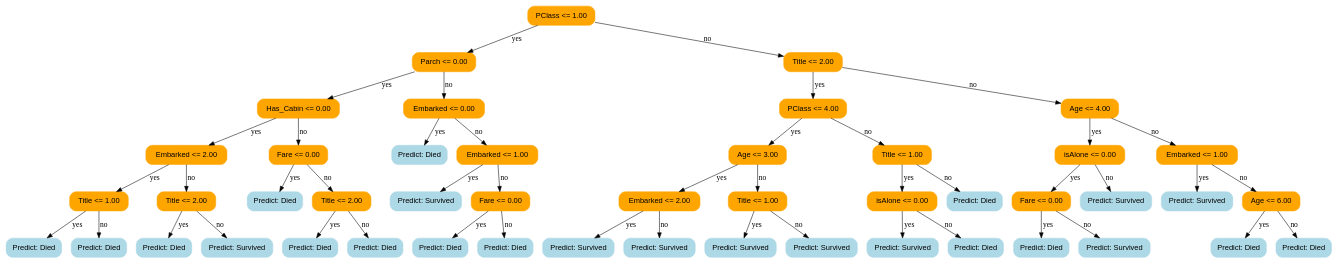
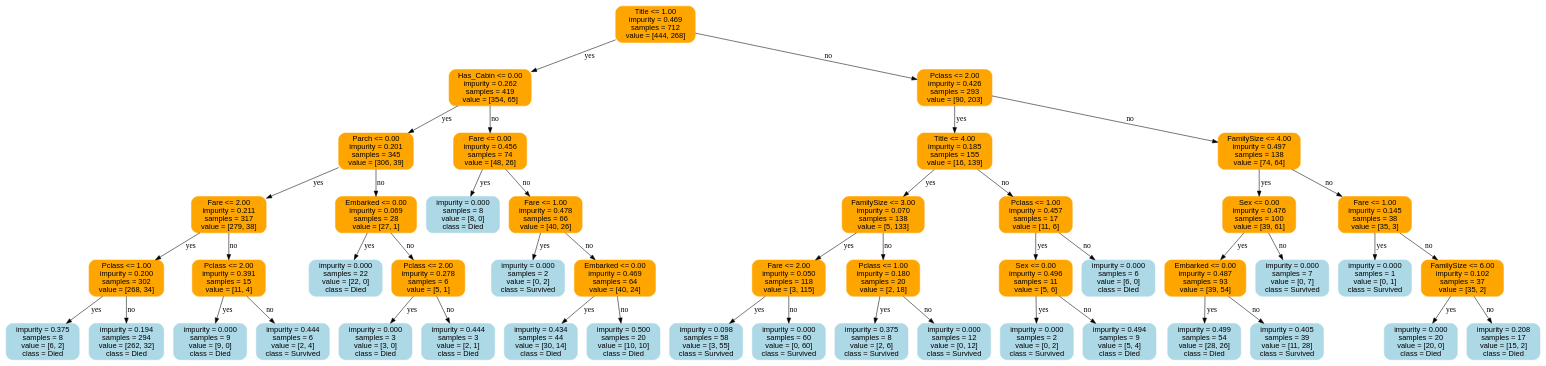
The diagram in dt_tree.dot (edchav/Trees-Boosting), drawn with Graphviz before and after one commit. The commit also changed 7 other files, not shown here.

```diff
--- a/dt_tree.dot
+++ b/dt_tree.dot
@@ -1,96 +1,96 @@
 digraph Tree {
-  node [shape=box, style="rounded,filled", color="black", fontname="helvetica"];
-  0 [label="PClass <= 1.00", style="filled,rounded", color="orange"];
-  1 [label="Parch <= 0.00", style="filled,rounded", color="orange"];
-  2 [label="Has_Cabin <= 0.00", style="filled,rounded", color="orange"];
-  3 [label="Embarked <= 2.00", style="filled,rounded", color="orange"];
-  4 [label="Title <= 1.00", style="filled,rounded", color="orange"];
-  5 [label="Predict: Died", shape=box, style="filled,rounded", color="lightblue"];
-  6 [label="Predict: Died", shape=box, style="filled,rounded", color="lightblue"];
-  4 -> 5 [label="yes"];
-  4 -> 6 [label="no"];
-  7 [label="Title <= 2.00", style="filled,rounded", color="orange"];
-  8 [label="Predict: Died", shape=box, style="filled,rounded", color="lightblue"];
-  9 [label="Predict: Survived", shape=box, style="filled,rounded", color="lightblue"];
-  7 -> 8 [label="yes"];
-  7 -> 9 [label="no"];
-  3 -> 4 [label="yes"];
-  3 -> 7 [label="no"];
-  10 [label="Fare <= 0.00", style="filled,rounded", color="orange"];
-  11 [label="Predict: Died", shape=box, style="filled,rounded", color="lightblue"];
-  12 [label="Title <= 2.00", style="filled,rounded", color="orange"];
-  13 [label="Predict: Died", shape=box, style="filled,rounded", color="lightblue"];
-  14 [label="Predict: Died", shape=box, style="filled,rounded", color="lightblue"];
-  12 -> 13 [label="yes"];
-  12 -> 14 [label="no"];
-  10 -> 11 [label="yes"];
-  10 -> 12 [label="no"];
-  2 -> 3 [label="yes"];
-  2 -> 10 [label="no"];
-  15 [label="Embarked <= 0.00", style="filled,rounded", color="orange"];
-  16 [label="Predict: Died", shape=box, style="filled,rounded", color="lightblue"];
-  17 [label="Embarked <= 1.00", style="filled,rounded", color="orange"];
-  18 [label="Predict: Survived", shape=box, style="filled,rounded", color="lightblue"];
-  19 [label="Fare <= 0.00", style="filled,rounded", color="orange"];
-  20 [label="Predict: Died", shape=box, style="filled,rounded", color="lightblue"];
-  21 [label="Predict: Died", shape=box, style="filled,rounded", color="lightblue"];
-  19 -> 20 [label="yes"];
-  19 -> 21 [label="no"];
-  17 -> 18 [label="yes"];
-  17 -> 19 [label="no"];
-  15 -> 16 [label="yes"];
-  15 -> 17 [label="no"];
-  1 -> 2 [label="yes"];
-  1 -> 15 [label="no"];
-  22 [label="Title <= 2.00", style="filled,rounded", color="orange"];
-  23 [label="PClass <= 4.00", style="filled,rounded", color="orange"];
-  24 [label="Age <= 3.00", style="filled,rounded", color="orange"];
-  25 [label="Embarked <= 2.00", style="filled,rounded", color="orange"];
-  26 [label="Predict: Survived", shape=box, style="filled,rounded", color="lightblue"];
-  27 [label="Predict: Survived", shape=box, style="filled,rounded", color="lightblue"];
-  25 -> 26 [label="yes"];
-  25 -> 27 [label="no"];
-  28 [label="Title <= 1.00", style="filled,rounded", color="orange"];
-  29 [label="Predict: Survived", shape=box, style="filled,rounded", color="lightblue"];
-  30 [label="Predict: Survived", shape=box, style="filled,rounded", color="lightblue"];
-  28 -> 29 [label="yes"];
-  28 -> 30 [label="no"];
-  24 -> 25 [label="yes"];
-  24 -> 28 [label="no"];
-  31 [label="Title <= 1.00", style="filled,rounded", color="orange"];
-  32 [label="isAlone <= 0.00", style="filled,rounded", color="orange"];
-  33 [label="Predict: Survived", shape=box, style="filled,rounded", color="lightblue"];
-  34 [label="Predict: Died", shape=box, style="filled,rounded", color="lightblue"];
-  32 -> 33 [label="yes"];
-  32 -> 34 [label="no"];
-  35 [label="Predict: Died", shape=box, style="filled,rounded", color="lightblue"];
-  31 -> 32 [label="yes"];
-  31 -> 35 [label="no"];
-  23 -> 24 [label="yes"];
-  23 -> 31 [label="no"];
-  36 [label="Age <= 4.00", style="filled,rounded", color="orange"];
-  37 [label="isAlone <= 0.00", style="filled,rounded", color="orange"];
-  38 [label="Fare <= 0.00", style="filled,rounded", color="orange"];
-  39 [label="Predict: Died", shape=box, style="filled,rounded", color="lightblue"];
-  40 [label="Predict: Survived", shape=box, style="filled,rounded", color="lightblue"];
-  38 -> 39 [label="yes"];
-  38 -> 40 [label="no"];
-  41 [label="Predict: Survived", shape=box, style="filled,rounded", color="lightblue"];
-  37 -> 38 [label="yes"];
-  37 -> 41 [label="no"];
-  42 [label="Embarked <= 1.00", style="filled,rounded", color="orange"];
-  43 [label="Predict: Survived", shape=box, style="filled,rounded", color="lightblue"];
-  44 [label="Age <= 6.00", style="filled,rounded", color="orange"];
-  45 [label="Predict: Died", shape=box, style="filled,rounded", color="lightblue"];
-  46 [label="Predict: Died", shape=box, style="filled,rounded", color="lightblue"];
-  44 -> 45 [label="yes"];
-  44 -> 46 [label="no"];
-  42 -> 43 [label="yes"];
-  42 -> 44 [label="no"];
-  36 -> 37 [label="yes"];
-  36 -> 42 [label="no"];
-  22 -> 23 [label="yes"];
-  22 -> 36 [label="no"];
-  0 -> 1 [label="yes"];
-  0 -> 22 [label="no"];
+node [shape=box, fontname="helvetica"];
+0 [label="Title <= 1.00\nimpurity = 0.469\nsamples = 712\nvalue = [444, 268]", shape=box, style="filled,rounded", color="orange"];
+1 [label="Has_Cabin <= 0.00\nimpurity = 0.262\nsamples = 419\nvalue = [354, 65]", shape=box, style="filled,rounded", color="orange"];
+2 [label="Parch <= 0.00\nimpurity = 0.201\nsamples = 345\nvalue = [306, 39]", shape=box, style="filled,rounded", color="orange"];
+3 [label="Fare <= 2.00\nimpurity = 0.211\nsamples = 317\nvalue = [279, 38]", shape=box, style="filled,rounded", color="orange"];
+4 [label="Pclass <= 1.00\nimpurity = 0.200\nsamples = 302\nvalue = [268, 34]", shape=box, style="filled,rounded", color="orange"];
+5 [label="impurity = 0.375\nsamples = 8\nvalue = [6, 2]\nclass = Died", shape=box, style="filled,rounded", color="lightblue"];
+6 [label="impurity = 0.194\nsamples = 294\nvalue = [262, 32]\nclass = Died", shape=box, style="filled,rounded", color="lightblue"];
+4 -> 5 [label="yes"];
+4 -> 6 [label="no"];
+7 [label="Pclass <= 2.00\nimpurity = 0.391\nsamples = 15\nvalue = [11, 4]", shape=box, style="filled,rounded", color="orange"];
+8 [label="impurity = 0.000\nsamples = 9\nvalue = [9, 0]\nclass = Died", shape=box, style="filled,rounded", color="lightblue"];
+9 [label="impurity = 0.444\nsamples = 6\nvalue = [2, 4]\nclass = Survived", shape=box, style="filled,rounded", color="lightblue"];
+7 -> 8 [label="yes"];
+7 -> 9 [label="no"];
+3 -> 4 [label="yes"];
+3 -> 7 [label="no"];
+10 [label="Embarked <= 0.00\nimpurity = 0.069\nsamples = 28\nvalue = [27, 1]", shape=box, style="filled,rounded", color="orange"];
+11 [label="impurity = 0.000\nsamples = 22\nvalue = [22, 0]\nclass = Died", shape=box, style="filled,rounded", color="lightblue"];
+12 [label="Pclass <= 2.00\nimpurity = 0.278\nsamples = 6\nvalue = [5, 1]", shape=box, style="filled,rounded", color="orange"];
+13 [label="impurity = 0.000\nsamples = 3\nvalue = [3, 0]\nclass = Died", shape=box, style="filled,rounded", color="lightblue"];
+14 [label="impurity = 0.444\nsamples = 3\nvalue = [2, 1]\nclass = Died", shape=box, style="filled,rounded", color="lightblue"];
+12 -> 13 [label="yes"];
+12 -> 14 [label="no"];
+10 -> 11 [label="yes"];
+10 -> 12 [label="no"];
+2 -> 3 [label="yes"];
+2 -> 10 [label="no"];
+15 [label="Fare <= 0.00\nimpurity = 0.456\nsamples = 74\nvalue = [48, 26]", shape=box, style="filled,rounded", color="orange"];
+16 [label="impurity = 0.000\nsamples = 8\nvalue = [8, 0]\nclass = Died", shape=box, style="filled,rounded", color="lightblue"];
+17 [label="Fare <= 1.00\nimpurity = 0.478\nsamples = 66\nvalue = [40, 26]", shape=box, style="filled,rounded", color="orange"];
+18 [label="impurity = 0.000\nsamples = 2\nvalue = [0, 2]\nclass = Survived", shape=box, style="filled,rounded", color="lightblue"];
+19 [label="Embarked <= 0.00\nimpurity = 0.469\nsamples = 64\nvalue = [40, 24]", shape=box, style="filled,rounded", color="orange"];
+20 [label="impurity = 0.434\nsamples = 44\nvalue = [30, 14]\nclass = Died", shape=box, style="filled,rounded", color="lightblue"];
+21 [label="impurity = 0.500\nsamples = 20\nvalue = [10, 10]\nclass = Died", shape=box, style="filled,rounded", color="lightblue"];
+19 -> 20 [label="yes"];
+19 -> 21 [label="no"];
+17 -> 18 [label="yes"];
+17 -> 19 [label="no"];
+15 -> 16 [label="yes"];
+15 -> 17 [label="no"];
+1 -> 2 [label="yes"];
+1 -> 15 [label="no"];
+22 [label="Pclass <= 2.00\nimpurity = 0.426\nsamples = 293\nvalue = [90, 203]", shape=box, style="filled,rounded", color="orange"];
+23 [label="Title <= 4.00\nimpurity = 0.185\nsamples = 155\nvalue = [16, 139]", shape=box, style="filled,rounded", color="orange"];
+24 [label="FamilySize <= 3.00\nimpurity = 0.070\nsamples = 138\nvalue = [5, 133]", shape=box, style="filled,rounded", color="orange"];
+25 [label="Fare <= 2.00\nimpurity = 0.050\nsamples = 118\nvalue = [3, 115]", shape=box, style="filled,rounded", color="orange"];
+26 [label="impurity = 0.098\nsamples = 58\nvalue = [3, 55]\nclass = Survived", shape=box, style="filled,rounded", color="lightblue"];
+27 [label="impurity = 0.000\nsamples = 60\nvalue = [0, 60]\nclass = Survived", shape=box, style="filled,rounded", color="lightblue"];
+25 -> 26 [label="yes"];
+25 -> 27 [label="no"];
+28 [label="Pclass <= 1.00\nimpurity = 0.180\nsamples = 20\nvalue = [2, 18]", shape=box, style="filled,rounded", color="orange"];
+29 [label="impurity = 0.375\nsamples = 8\nvalue = [2, 6]\nclass = Survived", shape=box, style="filled,rounded", color="lightblue"];
+30 [label="impurity = 0.000\nsamples = 12\nvalue = [0, 12]\nclass = Survived", shape=box, style="filled,rounded", color="lightblue"];
+28 -> 29 [label="yes"];
+28 -> 30 [label="no"];
+24 -> 25 [label="yes"];
+24 -> 28 [label="no"];
+31 [label="Pclass <= 1.00\nimpurity = 0.457\nsamples = 17\nvalue = [11, 6]", shape=box, style="filled,rounded", color="orange"];
+32 [label="Sex <= 0.00\nimpurity = 0.496\nsamples = 11\nvalue = [5, 6]", shape=box, style="filled,rounded", color="orange"];
+33 [label="impurity = 0.000\nsamples = 2\nvalue = [0, 2]\nclass = Survived", shape=box, style="filled,rounded", color="lightblue"];
+34 [label="impurity = 0.494\nsamples = 9\nvalue = [5, 4]\nclass = Died", shape=box, style="filled,rounded", color="lightblue"];
+32 -> 33 [label="yes"];
+32 -> 34 [label="no"];
+35 [label="impurity = 0.000\nsamples = 6\nvalue = [6, 0]\nclass = Died", shape=box, style="filled,rounded", color="lightblue"];
+31 -> 32 [label="yes"];
+31 -> 35 [label="no"];
+23 -> 24 [label="yes"];
+23 -> 31 [label="no"];
+36 [label="FamilySize <= 4.00\nimpurity = 0.497\nsamples = 138\nvalue = [74, 64]", shape=box, style="filled,rounded", color="orange"];
+37 [label="Sex <= 0.00\nimpurity = 0.476\nsamples = 100\nvalue = [39, 61]", shape=box, style="filled,rounded", color="orange"];
+38 [label="Embarked <= 0.00\nimpurity = 0.487\nsamples = 93\nvalue = [39, 54]", shape=box, style="filled,rounded", color="orange"];
+39 [label="impurity = 0.499\nsamples = 54\nvalue = [28, 26]\nclass = Died", shape=box, style="filled,rounded", color="lightblue"];
+40 [label="impurity = 0.405\nsamples = 39\nvalue = [11, 28]\nclass = Survived", shape=box, style="filled,rounded", color="lightblue"];
+38 -> 39 [label="yes"];
+38 -> 40 [label="no"];
+41 [label="impurity = 0.000\nsamples = 7\nvalue = [0, 7]\nclass = Survived", shape=box, style="filled,rounded", color="lightblue"];
+37 -> 38 [label="yes"];
+37 -> 41 [label="no"];
+42 [label="Fare <= 1.00\nimpurity = 0.145\nsamples = 38\nvalue = [35, 3]", shape=box, style="filled,rounded", color="orange"];
+43 [label="impurity = 0.000\nsamples = 1\nvalue = [0, 1]\nclass = Survived", shape=box, style="filled,rounded", color="lightblue"];
+44 [label="FamilySize <= 6.00\nimpurity = 0.102\nsamples = 37\nvalue = [35, 2]", shape=box, style="filled,rounded", color="orange"];
+45 [label="impurity = 0.000\nsamples = 20\nvalue = [20, 0]\nclass = Died", shape=box, style="filled,rounded", color="lightblue"];
+46 [label="impurity = 0.208\nsamples = 17\nvalue = [15, 2]\nclass = Died", shape=box, style="filled,rounded", color="lightblue"];
+44 -> 45 [label="yes"];
+44 -> 46 [label="no"];
+42 -> 43 [label="yes"];
+42 -> 44 [label="no"];
+36 -> 37 [label="yes"];
+36 -> 42 [label="no"];
+22 -> 23 [label="yes"];
+22 -> 36 [label="no"];
+0 -> 1 [label="yes"];
+0 -> 22 [label="no"];
 }
```
